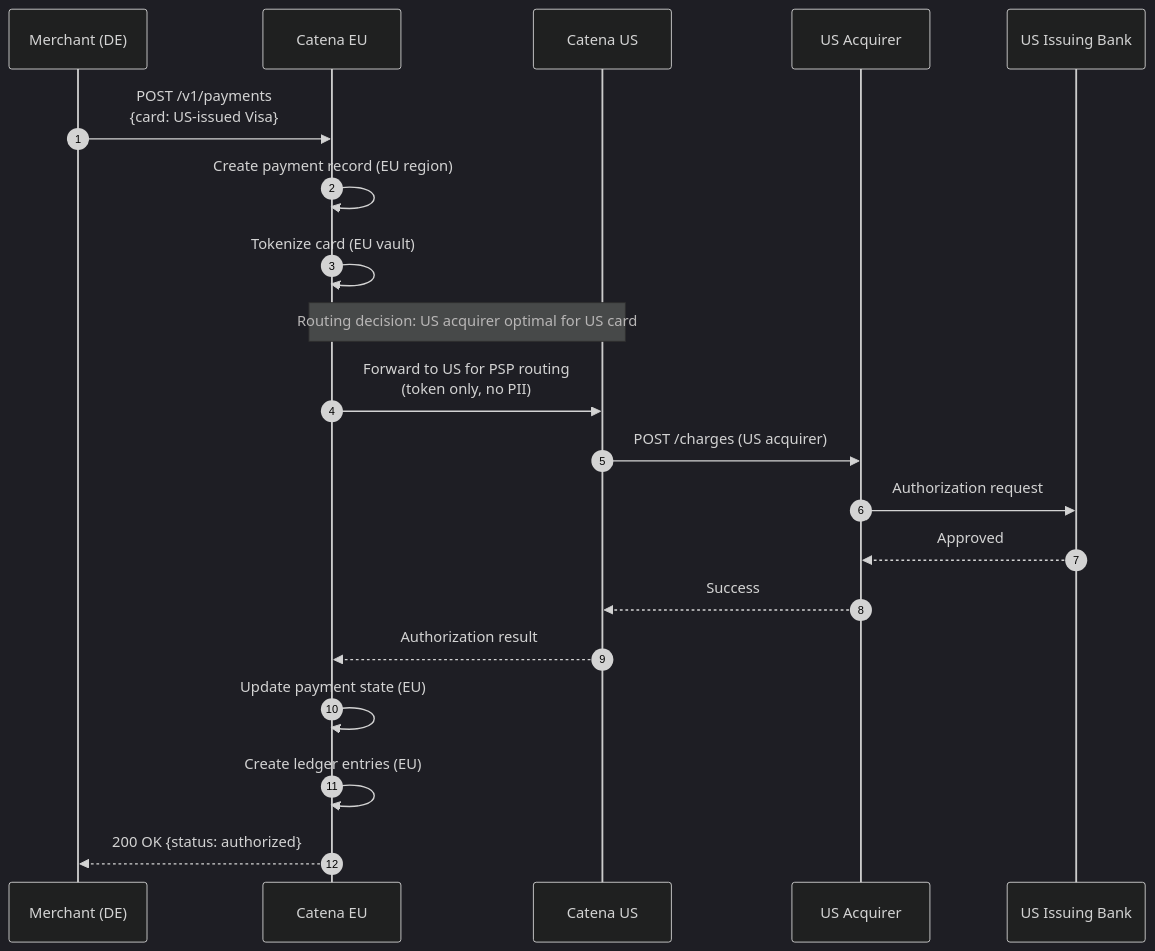
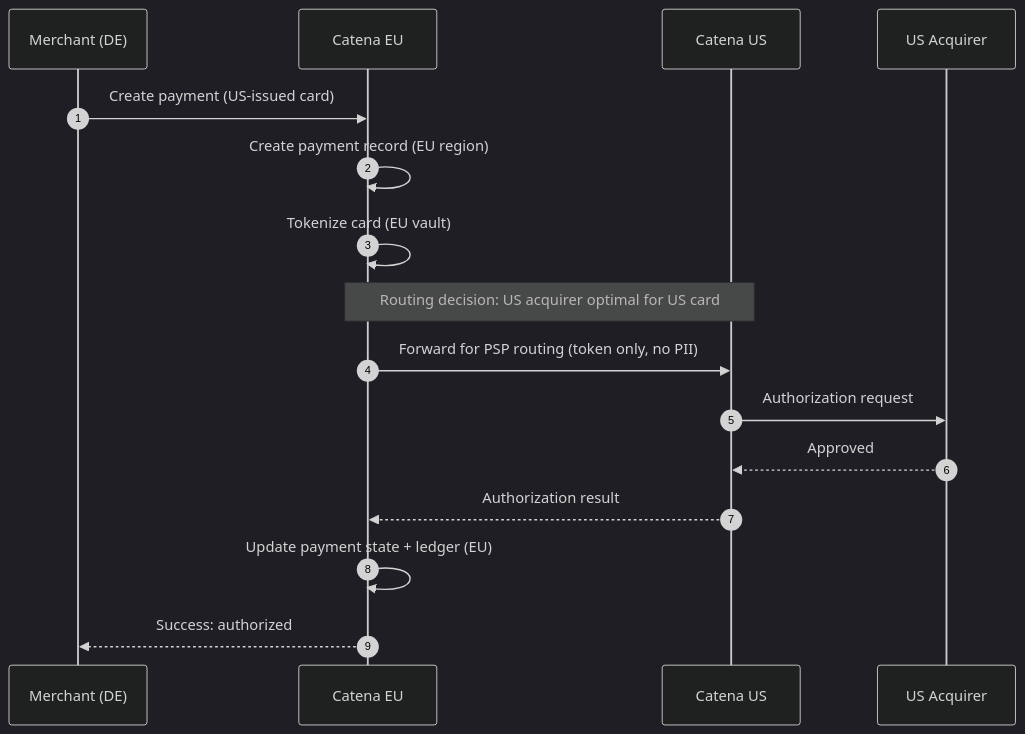
Before and after one commit to ashishthakur913/catenadocs: diagram 13 of 15 in PRD.md, drawn with Mermaid (dark theme). The commit also changed other lines of this file and 1 other file, not shown here.

````diff
--- a/PRD.md
+++ b/PRD.md
@@ -1668,25 +1082,21 @@
 ```mermaid
 sequenceDiagram
     autonumber
     participant M as Merchant (DE)
     participant EU as Catena EU
     participant US as Catena US
     participant PSP as US Acquirer
-    participant Bank as US Issuing Bank
     
-    M->>EU: POST /v1/payments<br/>{card: US-issued Visa}
+    M->>EU: Create payment (US-issued card)
     EU->>EU: Create payment record (EU region)
     EU->>EU: Tokenize card (EU vault)
     
     Note over EU,US: Routing decision: US acquirer optimal for US card
     
-    EU->>US: Forward to US for PSP routing<br/>(token only, no PII)
-    US->>PSP: POST /charges (US acquirer)
-    PSP->>Bank: Authorization request
-    Bank-->>PSP: Approved
-    PSP-->>US: Success
+    EU->>US: Forward for PSP routing (token only, no PII)
+    US->>PSP: Authorization request
+    PSP-->>US: Approved
     US-->>EU: Authorization result
-    EU->>EU: Update payment state (EU)
-    EU->>EU: Create ledger entries (EU)
-    EU-->>M: 200 OK {status: authorized}
+    EU->>EU: Update payment state + ledger (EU)
+    EU-->>M: Success: authorized
 ```
````
